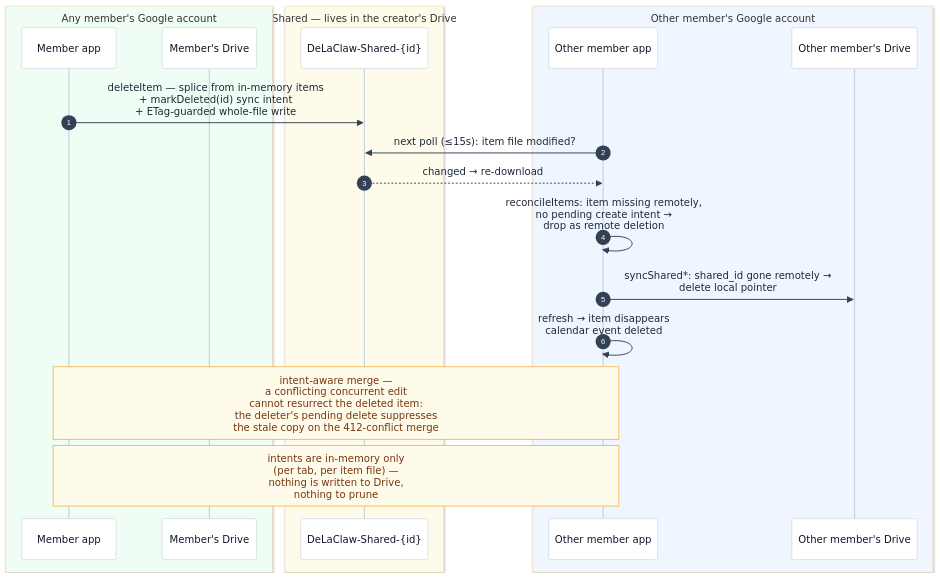
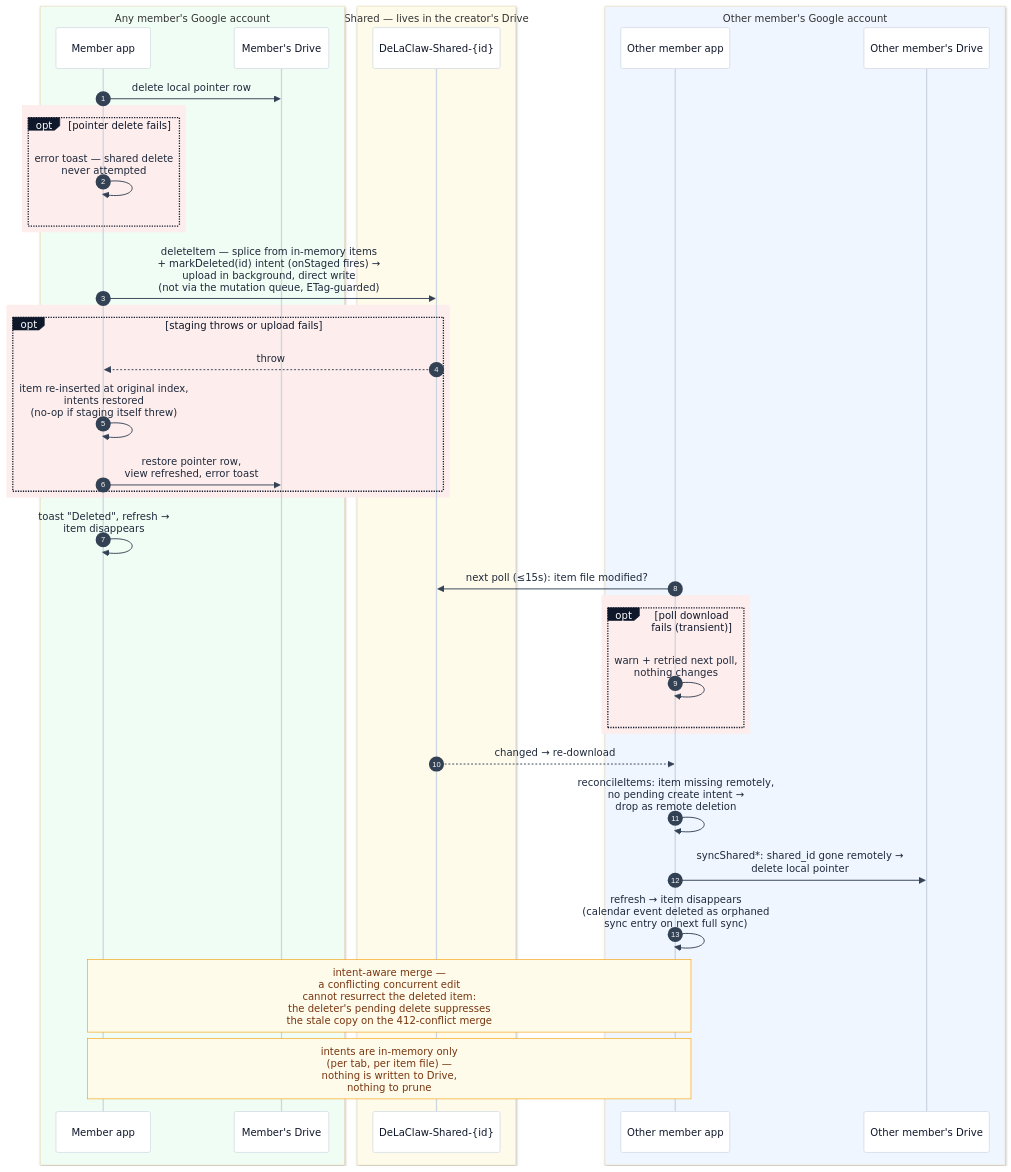
One commit to AntGro/DeLaClaw changed the eighth of 14 diagrams in docs-site/sharing.md. Above: the diagram before and after it, drawn with Mermaid. The commit also changed other lines of this file and 18 other files, not shown here.

First line of the commit message:
feat(sharing): optimistic mutations, gated account wipe, diagram conventions

````diff
--- a/docs-site/sharing.md
+++ b/docs-site/sharing.md
@@ -328,25 +365,44 @@
 ```mermaid
 %%{init: {'theme': 'base', 'themeVariables': {'background': '#fbfaf8', 'actorBkg': '#ffffff', 'actorBorder': '#cbd5e1', 'actorTextColor': '#0f172a', 'actorLineColor': '#cbd5e1', 'signalColor': '#334155', 'signalTextColor': '#1e293b', 'noteBkgColor': '#fffbeb', 'noteBorderColor': '#f59e0b', 'noteTextColor': '#78350f', 'labelBoxBkgColor': '#0f172a', 'labelBoxBorderColor': '#0f172a', 'labelTextColor': '#ffffff'}}}%%
 sequenceDiagram
     autonumber
     box rgb(240,253,244) Any member's Google account
     participant MA as Member app
     participant MD as Member's Drive
     end
     box rgb(255,251,235) Shared — lives in the creator's Drive
     participant SF as DeLaClaw-Shared-{id}
     end
     box rgb(239,246,255) Other member's Google account
     participant OA as Other member app
     participant OD as Other member's Drive
     end
 
-    MA->>SF: deleteItem — splice from in-memory items<br/>+ markDeleted(id) sync intent<br/>+ ETag-guarded whole-file write
+    MA->>MD: delete local pointer row
+    rect rgb(253, 237, 236)
+    opt pointer delete fails
+        MA->>MA: error toast — shared delete<br/>never attempted
+    end
+    end
+    MA->>SF: deleteItem — splice from in-memory items<br/>+ markDeleted(id) intent (onStaged fires) →<br/>upload in background, direct write<br/>(not via the mutation queue, ETag-guarded)
+    rect rgb(253, 237, 236)
+    opt staging throws or upload fails
+        SF-->>MA: throw
+        MA->>MA: item re-inserted at original index,<br/>intents restored<br/>(no-op if staging itself threw)
+        MA->>MD: restore pointer row,<br/>view refreshed, error toast
+    end
+    end
+    MA->>MA: toast "Deleted", refresh →<br/>item disappears
     OA->>SF: next poll (≤15s): item file modified?
+    rect rgb(253, 237, 236)
+    opt poll download fails (transient)
+        OA->>OA: warn + retried next poll,<br/>nothing changes
+    end
+    end
     SF-->>OA: changed → re-download
     OA->>OA: reconcileItems: item missing remotely,<br/>no pending create intent →<br/>drop as remote deletion
     OA->>OD: syncShared*: shared_id gone remotely →<br/>delete local pointer
-    OA->>OA: refresh → item disappears<br/>calendar event deleted
+    OA->>OA: refresh → item disappears<br/>(calendar event deleted as orphaned<br/>sync entry on next full sync)
     Note over MA,OA: intent-aware merge —<br/>a conflicting concurrent edit<br/>cannot resurrect the deleted item:<br/>the deleter's pending delete suppresses<br/>the stale copy on the 412-conflict merge
     Note over MA,OA: intents are in-memory only<br/>(per tab, per item file) —<br/>nothing is written to Drive,<br/>nothing to prune
 ```
````
